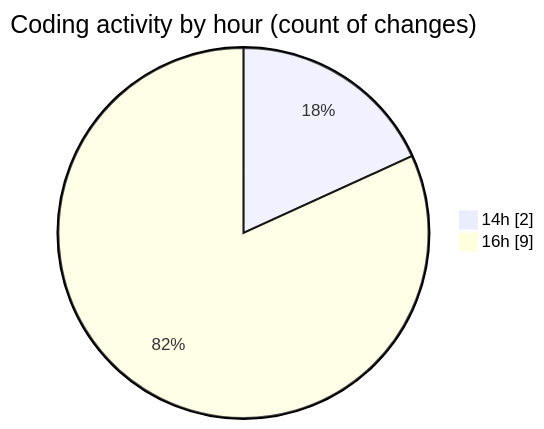
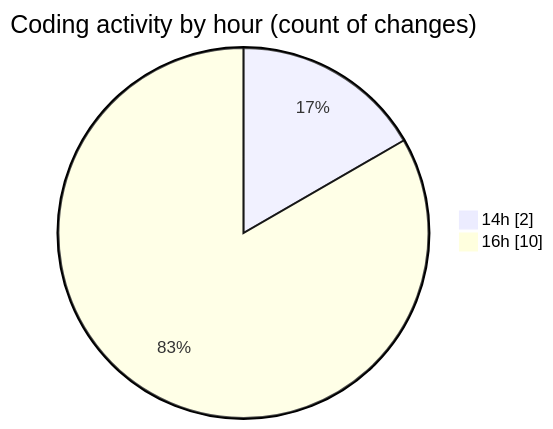
One commit to Ritupan-Deka/code-tracking changed the second of 2 diagrams in 2025-06-18/scopesketch-app/README.md. Above: the diagram before and after it, drawn with Mermaid. The commit also changed other lines of this file and 1 other file, not shown here.

````diff
--- a/2025-06-18/scopesketch-app/README.md
+++ b/2025-06-18/scopesketch-app/README.md
@@ -39,6 +39,6 @@
 ```mermaid
 pie showData
 title Coding activity by hour (count of changes)
 "14h" : 2
-"16h" : 9
+"16h" : 10
 ```
````
